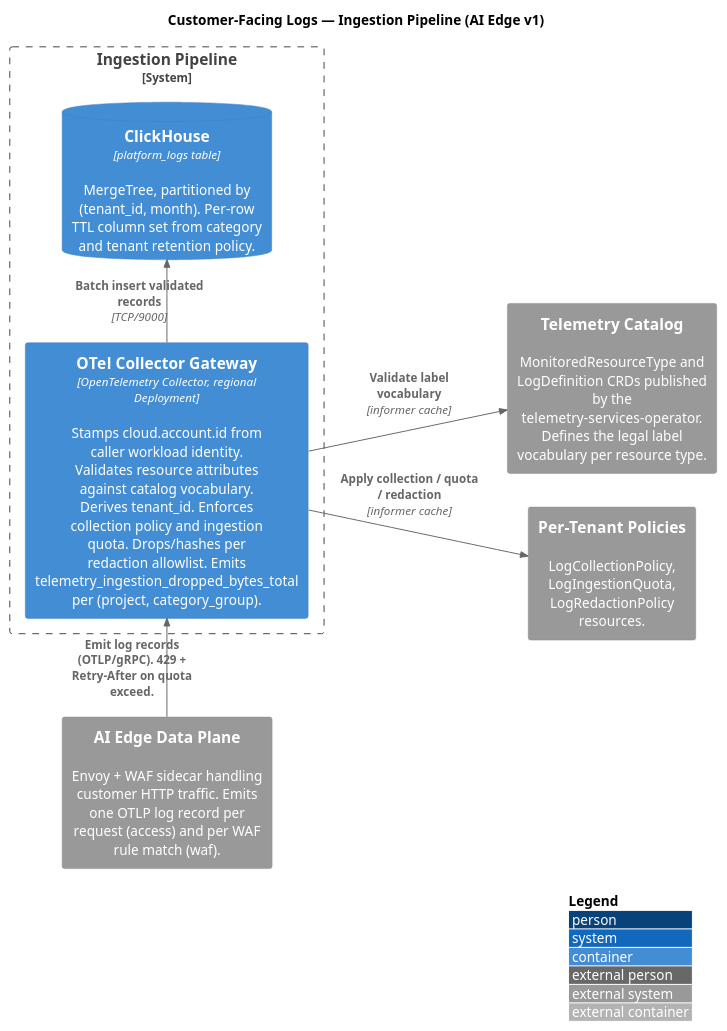
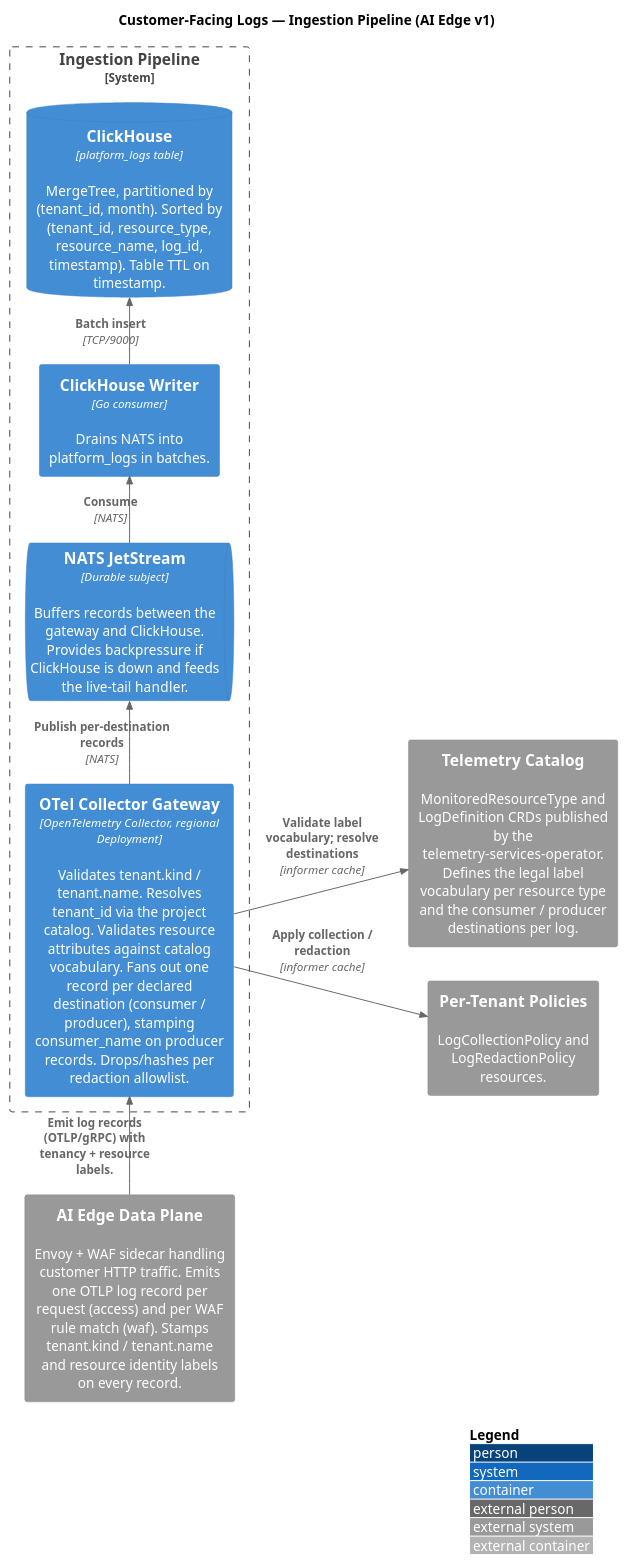
Before and after one commit to datum-cloud/telemetry-services-operator: the diagram in docs/diagrams/ingestion-pipeline.puml, drawn with PlantUML. The commit also changed 2 other files, not shown here.

First paragraph of the commit message:
docs: address review feedback on customer-facing logs
Adjust the customer-facing logs design based on PR #72 review.

```diff
--- a/docs/diagrams/ingestion-pipeline.puml
+++ b/docs/diagrams/ingestion-pipeline.puml
@@ -1,32 +1,36 @@
 @startuml ingestion-pipeline
 !include https://raw.githubusercontent.com/plantuml-stdlib/C4-PlantUML/master/C4_Container.puml
 
 LAYOUT_LANDSCAPE()
 LAYOUT_WITH_LEGEND()
 
 title Customer-Facing Logs — Ingestion Pipeline (AI Edge v1)
 
 ' External producers
-System_Ext(ai_edge, "AI Edge Data Plane", "Envoy + WAF sidecar handling customer HTTP traffic. Emits one OTLP log record per request (access) and per WAF rule match (waf).")
+System_Ext(ai_edge, "AI Edge Data Plane", "Envoy + WAF sidecar handling customer HTTP traffic. Emits one OTLP log record per request (access) and per WAF rule match (waf). Stamps tenant.kind / tenant.name and resource identity labels on every record.")
 
 ' Catalog and per-tenant policies — read by the gateway via cached informers
-System_Ext(catalog, "Telemetry Catalog", "MonitoredResourceType and LogDefinition CRDs published by the telemetry-services-operator. Defines the legal label vocabulary per resource type.")
-System_Ext(policies, "Per-Tenant Policies", "LogCollectionPolicy, LogIngestionQuota, LogRedactionPolicy resources.")
+System_Ext(catalog, "Telemetry Catalog", "MonitoredResourceType and LogDefinition CRDs published by the telemetry-services-operator. Defines the legal label vocabulary per resource type and the consumer / producer destinations per log.")
+System_Ext(policies, "Per-Tenant Policies", "LogCollectionPolicy and LogRedactionPolicy resources.")
 
 ' Ingestion system boundary
 System_Boundary(ingest, "Ingestion Pipeline") {
-    Container(gateway, "OTel Collector Gateway", "OpenTelemetry Collector, regional Deployment", "Stamps cloud.account.id from caller workload identity. Validates resource attributes against catalog vocabulary. Derives tenant_id. Enforces collection policy and ingestion quota. Drops/hashes per redaction allowlist. Emits telemetry_ingestion_dropped_bytes_total per (project, category_group).")
-    ContainerDb(clickhouse, "ClickHouse", "platform_logs table", "MergeTree, partitioned by (tenant_id, month). Per-row TTL column set from category and tenant retention policy.")
+    Container(gateway, "OTel Collector Gateway", "OpenTelemetry Collector, regional Deployment", "Validates tenant.kind / tenant.name. Resolves tenant_id via the project catalog. Validates resource attributes against catalog vocabulary. Fans out one record per declared destination (consumer / producer), stamping consumer_name on producer records. Drops/hashes per redaction allowlist.")
+    ContainerQueue(nats, "NATS JetStream", "Durable subject", "Buffers records between the gateway and ClickHouse. Provides backpressure if ClickHouse is down and feeds the live-tail handler.")
+    Container(writer, "ClickHouse Writer", "Go consumer", "Drains NATS into platform_logs in batches.")
+    ContainerDb(clickhouse, "ClickHouse", "platform_logs table", "MergeTree, partitioned by (tenant_id, month). Sorted by (tenant_id, resource_type, resource_name, log_id, timestamp). Table TTL on timestamp.")
 }
 
 ' Producer flow (ingress)
-Rel_D(ai_edge, gateway, "Emit log records (OTLP/gRPC). 429 + Retry-After on quota exceed.")
+Rel_D(ai_edge, gateway, "Emit log records (OTLP/gRPC) with tenancy + resource labels.")
 
 ' Gateway lookups
-Rel_R(gateway, catalog, "Validate label vocabulary", "informer cache")
-Rel_R(gateway, policies, "Apply collection / quota / redaction", "informer cache")
+Rel_R(gateway, catalog, "Validate label vocabulary; resolve destinations", "informer cache")
+Rel_R(gateway, policies, "Apply collection / redaction", "informer cache")
 
-' Successful write
-Rel_D(gateway, clickhouse, "Batch insert validated records", "TCP/9000")
+' Successful write path
+Rel_D(gateway, nats, "Publish per-destination records", "NATS")
+Rel_D(nats, writer, "Consume", "NATS")
+Rel_D(writer, clickhouse, "Batch insert", "TCP/9000")
 
 @enduml
```
